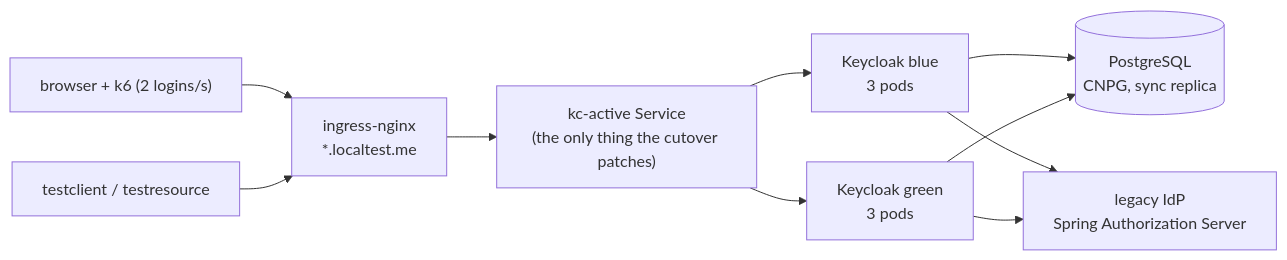
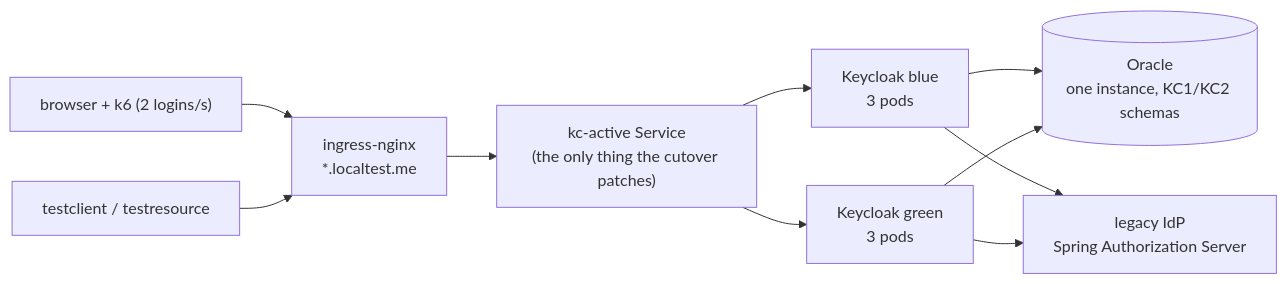
Before and after one commit to psalg-dev/keycloak-bluegreen: the diagram in README.md, drawn with Mermaid. The commit also changed other lines of this file and 30 other files, not shown here.

````diff
--- a/README.md
+++ b/README.md
@@ -26,12 +32,12 @@
 ```mermaid
 flowchart LR
   U["browser + k6 (2 logins/s)"] --> E["ingress-nginx<br/>*.localtest.me"]
   E --> S["kc-active Service<br/>(the only thing the cutover patches)"]
   S --> B["Keycloak blue<br/>3 pods"]
   S --> G["Keycloak green<br/>3 pods"]
-  B --> DB[("PostgreSQL<br/>CNPG, sync replica")]
+  B --> DB[("Oracle<br/>one instance, KC1/KC2 schemas")]
   G --> DB
   B --> L["legacy IdP<br/>Spring Authorization Server"]
   G --> L
   A["testclient / testresource"] --> E
 ```
````
